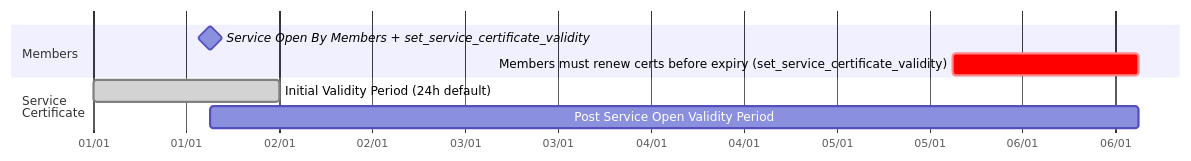
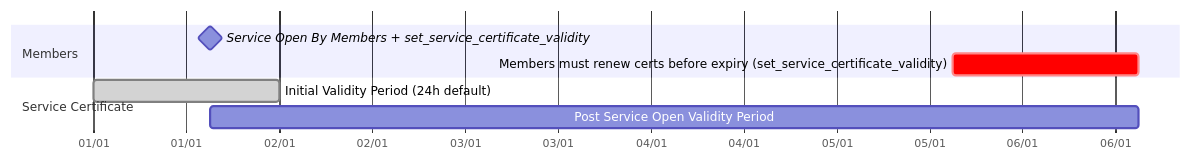
One commit to microsoft/CCF changed the second of 2 diagrams in doc/operations/certificates.rst. Above: the diagram before and after it, drawn with Mermaid. The commit also changed 10 other files, not shown here.

First line of the commit message:
Refine documentation icons and diagram presentation

```diff
--- a/doc/operations/certificates.rst
+++ b/doc/operations/certificates.rst
@@ -66,15 +66,15 @@
 .. mermaid::
 
     gantt
 
     dateFormat  MM-DD/HH:mm
     axisFormat  %d/%m
     todayMarker off
 
     section Members
     Service Open By Members + set_service_certificate_validity :milestone, 01-01/15:00, 0d
     Members must renew certs before expiry (set_service_certificate_validity)              :crit, 01-05/15:00, 1d
 
-    section Service <br> Certificate
+    section Service Certificate
     Initial Validity Period (24h default): done, 01-01/00:00, 1d
     Post Service Open Validity Period    : 01-01/15:00, 5d
```
